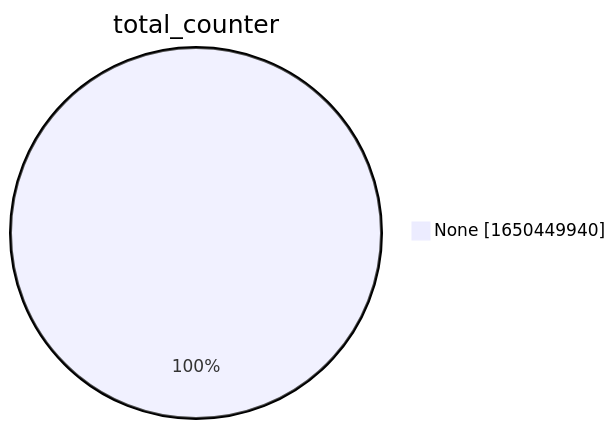
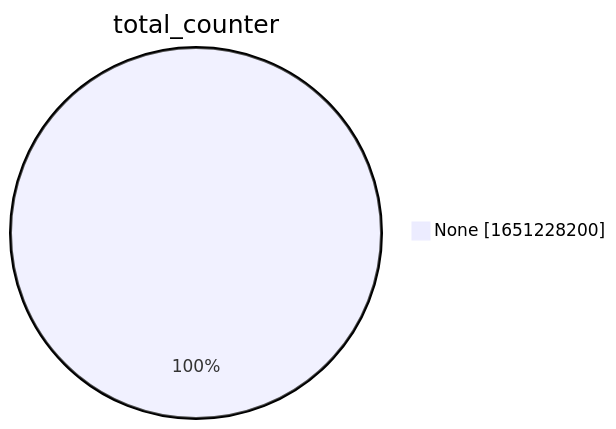
Before and after one commit to christiankrug/ctmonitor_visualization: the second of 15 diagrams in xenon2022/README.md, drawn with Mermaid. The commit also changed other lines of this file, not shown here.

````diff
--- a/xenon2022/README.md
+++ b/xenon2022/README.md
@@ -9,5 +9,5 @@
 ```mermaid
 pie showData
 title total_counter
-"None" :1650449940
+"None" :1651228200
 ```
````
